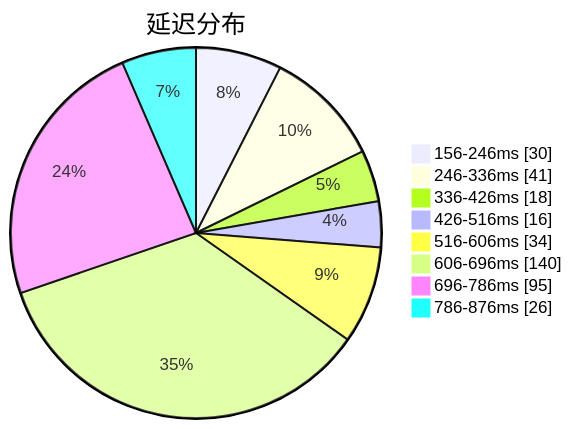
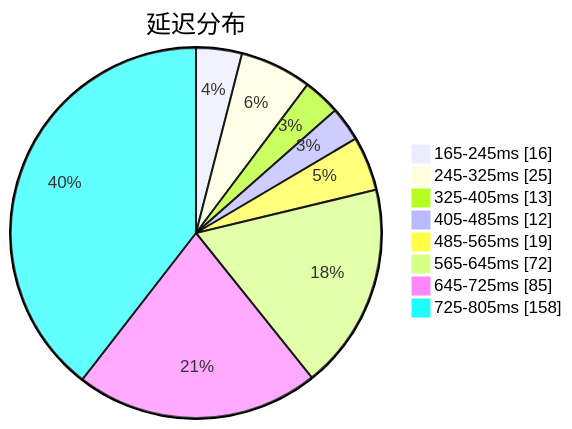
The first of 3 diagrams in subs/statistics/tested_within.md (qjlxg/airport), drawn with Mermaid before and after one commit. The commit also changed other lines of this file and 2 other files, not shown here.

Commit message:
Tested by metaST

````diff
--- a/subs/statistics/tested_within.md
+++ b/subs/statistics/tested_within.md
@@ -2,12 +2,12 @@
 ```mermaid
 pie showData
 title 延迟分布
-"156-246ms" : 30
-"246-336ms" : 41
-"336-426ms" : 18
-"426-516ms" : 16
-"516-606ms" : 34
-"606-696ms" : 140
-"696-786ms" : 95
-"786-876ms" : 26
+"165-245ms" : 16
+"245-325ms" : 25
+"325-405ms" : 13
+"405-485ms" : 12
+"485-565ms" : 19
+"565-645ms" : 72
+"645-725ms" : 85
+"725-805ms" : 158
 ```
````
